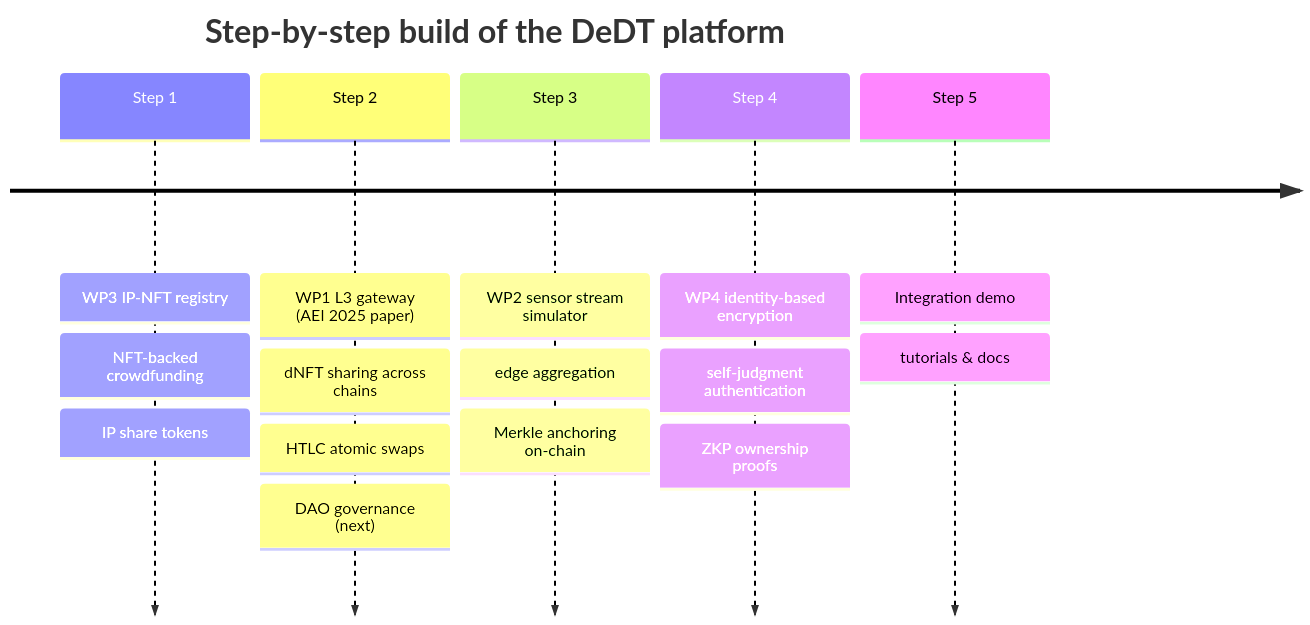
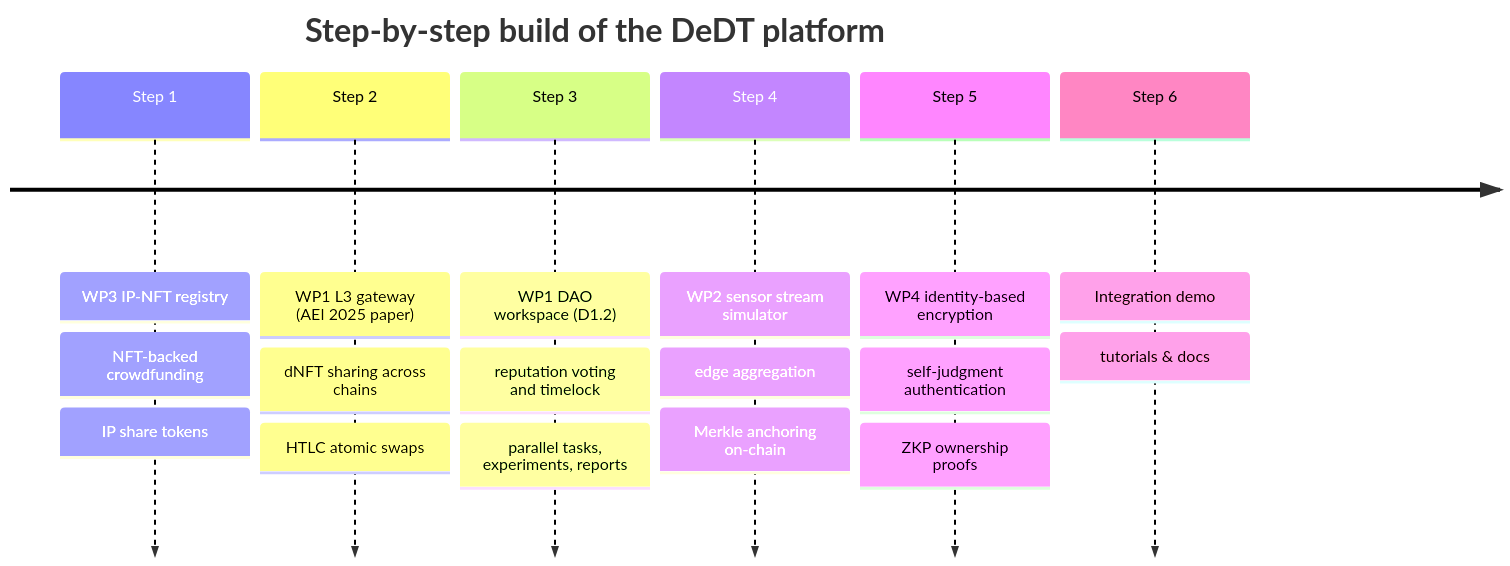
One commit to smhbamakan/DeDT-platform changed the second of 2 diagrams in README.md. Above: the diagram before and after it, drawn with Mermaid. The commit also changed other lines of this file and 18 other files, not shown here.

First line of the commit message:
WP1 D1.2: DAO workspace for twin teams

````diff
--- a/README.md
+++ b/README.md
@@ -70,9 +70,10 @@
 ```mermaid
 timeline
     title Step-by-step build of the DeDT platform
     Step 1 : WP3 IP-NFT registry : NFT-backed crowdfunding : IP share tokens
-    Step 2 : WP1 L3 gateway (AEI 2025 paper) : dNFT sharing across chains : HTLC atomic swaps : DAO governance (next)
-    Step 3 : WP2 sensor stream simulator : edge aggregation : Merkle anchoring on-chain
-    Step 4 : WP4 identity-based encryption : self-judgment authentication : ZKP ownership proofs
-    Step 5 : Integration demo : tutorials & docs
+    Step 2 : WP1 L3 gateway (AEI 2025 paper) : dNFT sharing across chains : HTLC atomic swaps
+    Step 3 : WP1 DAO workspace (D1.2) : reputation voting and timelock : parallel tasks, experiments, reports
+    Step 4 : WP2 sensor stream simulator : edge aggregation : Merkle anchoring on-chain
+    Step 5 : WP4 identity-based encryption : self-judgment authentication : ZKP ownership proofs
+    Step 6 : Integration demo : tutorials & docs
 ```
````
